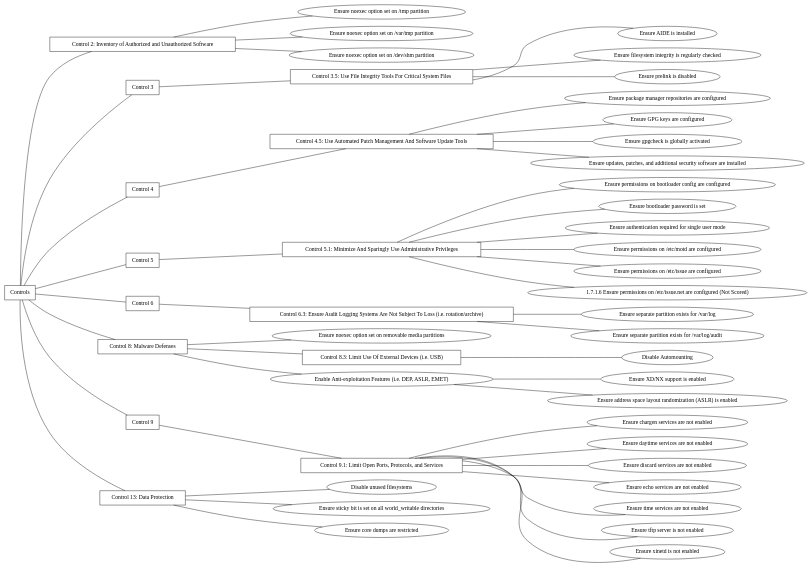
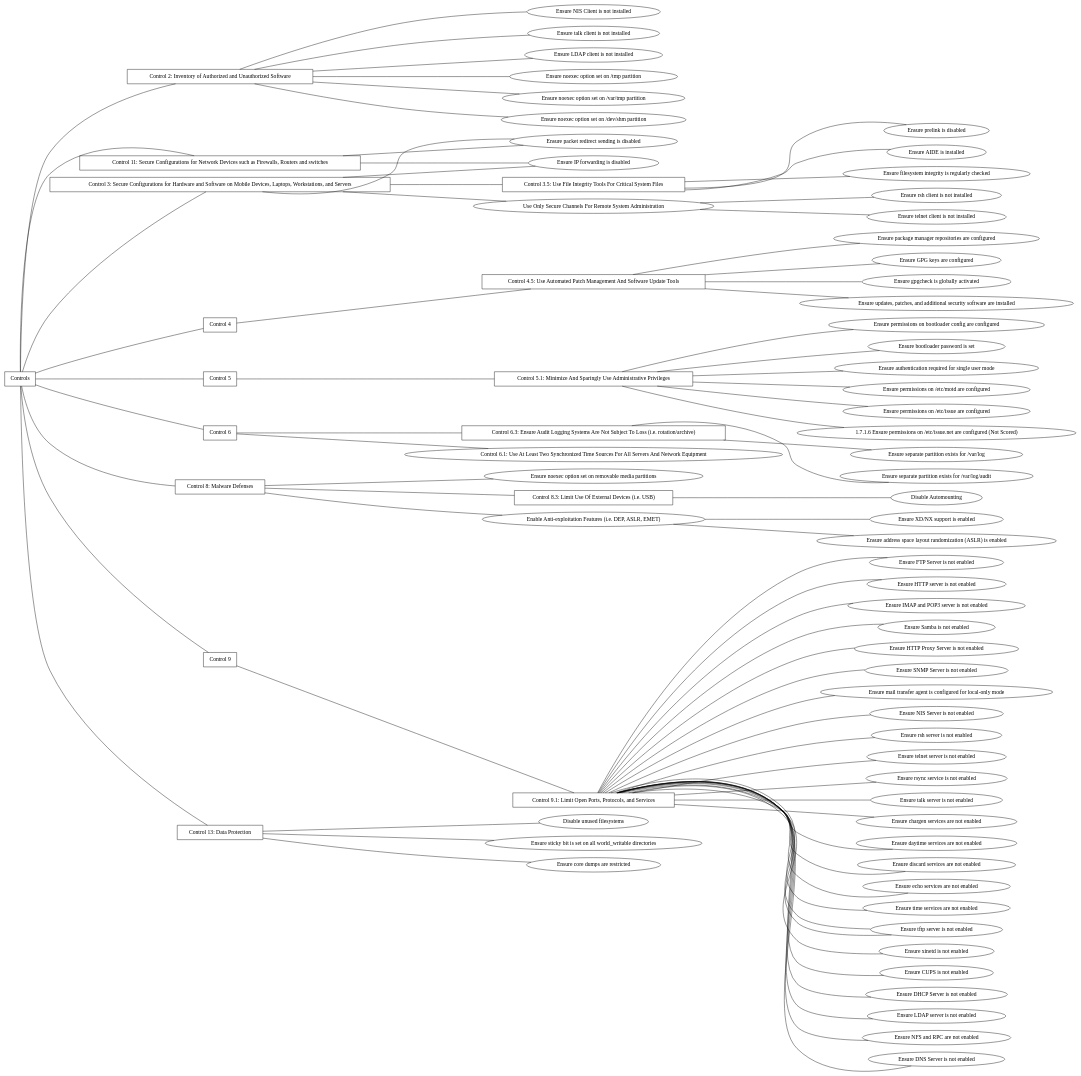
One commit to cyber-range/cis-controls changed the diagram in control-examples.dot. Above: the diagram before and after it, drawn with Graphviz. The commit also changed 1 other file, not shown here.

Commit message:
Add more controls

```diff
--- a/control-examples.dot
+++ b/control-examples.dot
@@ -1,116 +1,179 @@
 graph controls {
     rankdir=LR;
 
     controls [label="Controls", shape=box]
 
     control_2 [label="Control 2: Inventory of Authorized and Unauthorized Software", shape=box]
     controls -- control_2
 
     tmp_noexec [label="Ensure noexec option set on /tmp partition"]
     control_2 -- tmp_noexec
     var_tmp_noexec [label="Ensure noexec option set on /var/tmp partition"]
     control_2 -- var_tmp_noexec
     dev_shm_noexec [label="Ensure noexec option set on /dev/shm partition"]
     control_2 -- dev_shm_noexec
+    ybind_remove [label="Ensure NIS Client is not installed"]
+    control_2 -- ybind_remove
+    talk_remove [label="Ensure talk client is not installed"]
+    control_2 -- talk_remove
+    ldap_remove [label="Ensure LDAP client is not installed"]
+    control_2 -- ldap_remove
 
-    control_3 [label="Control 3", shape=box]
+    control_3 [label="Control 3: Secure Configurations for Hardware and Software on Mobile Devices, Laptops, Workstations, and Servers", shape=box]
     controls -- control_3
+
+    disable_ip_forwarding [label="Ensure IP forwarding is disabled"]
+    control_3 -- disable_ip_forwarding
+
+    disabel_packet_redirect [label="Ensure packet redirect sending is disabled"]
+    control_3 -- disabel_packet_redirect
+
+    control_3_4 [label="Use Only Secure Channels For Remote System Administration"]
+    control_3 -- control_3_4
+    rsh_remove [label="Ensure rsh client is not installed"]
+    control_3_4 -- rsh_remove
+    telnet_remove [label="Ensure telnet client is not installed"]
+    control_3_4 -- telnet_remove
 
     control_3_5 [label="Control 3.5: Use File Integrity Tools For Critical System Files", shape=box]
     control_3 -- control_3_5
     install_AIDE [label="Ensure AIDE is installed"]
     control_3_5 -- install_AIDE
     integrity_check [label="Ensure filesystem integrity is regularly checked"]
     control_3_5 -- integrity_check
     prelink [label="Ensure prelink is disabled"]
     control_3_5 -- prelink
 
     control_4 [label="Control 4", shape=box]
     controls -- control_4
 
     control_4_5 [label="Control 4.5: Use Automated Patch Management And Software Update Tools", shape=box]
     control_4 -- control_4_5
     config_yum [label="Ensure package manager repositories are configured"]
     control_4_5 -- config_yum
     yum_gpg [label="Ensure GPG keys are configured"]
     control_4_5 -- yum_gpg
     yum_gpg_check [label="Ensure gpgcheck is globally activated"]
     control_4_5 -- yum_gpg_check
     yum_security_update [label="Ensure updates, patches, and additional security software are installed"]
     control_4_5 -- yum_security_update
 
     control_5 [label="Control 5", shape=box]
     controls -- control_5
 
     control_5_1 [label="Control 5.1: Minimize And Sparingly Use Administrative Privileges", shape=box]
     control_5 -- control_5_1
     bootloader_perms [label="Ensure permissions on bootloader config are configured"]
     control_5_1 -- bootloader_perms
     bootloader_passwd [label="Ensure bootloader password is set"]
     control_5_1 -- bootloader_passwd
     single_user_mode_auth [label="Ensure authentication required for single user mode"]
     control_5_1 -- single_user_mode_auth
     etc_motd_perms [label="Ensure permissions on /etc/motd are configured"]
     control_5_1 -- etc_motd_perms
     etc_issue_perms [label="Ensure permissions on /etc/issue are configured"]
     control_5_1 -- etc_issue_perms
     etc_issuenet_perms [label="1.7.1.6 Ensure permissions on /etc/issue.net are configured (Not Scored)"]
     control_5_1 -- etc_issuenet_perms
 
     control_6 [label="Control 6", shape=box]
     controls -- control_6
 
+    control_6_1 [label="Control 6.1: Use At Least Two Synchronized Time Sources For All Servers And Network Equipment"]
+    control_6 -- control_6_1
+
     control_6_3 [label="Control 6.3: Ensure Audit Logging Systems Are Not Subject To Loss (i.e. rotation/archive)", shape=box]
     control_6 -- control_6_3
     var_log_partition [label="Ensure separate partition exists for /var/log"]
     control_6_3 -- var_log_partition
     var_log_audit_partition [label="Ensure separate partition exists for /var/log/audit"]
     control_6_3 -- var_log_audit_partition
 
     control_8 [label="Control 8: Malware Defenses", shape=box]
     controls -- control_8
     removable_media_noexec [label="Ensure noexec option set on removable media partitions"]
     control_8 -- removable_media_noexec
 
     control_8_3  [label="Control 8.3: Limit Use Of External Devices (i.e. USB)", shape=box]
     control_8 -- control_8_3
     disable_automounting [label="Disable Automounting"]
     control_8_3 -- disable_automounting
 
     control_8_4 [label="Enable Anti-exploitation Features (i.e. DEP, ASLR, EMET)"]
     control_8 -- control_8_4
     no_execute [label="Ensure XD/NX support is enabled"]
     control_8_4 -- no_execute
     aslr [label="Ensure address space layout randomization (ASLR) is enabled"]
     control_8_4 -- aslr
 
     control_9 [label="Control 9", shape=box]
     controls -- control_9
 
     control_9_1 [label="Control 9.1: Limit Open Ports, Protocols, and Services", shape=box]
     control_9 -- control_9_1
     chargen_disabled [label="Ensure chargen services are not enabled"]
     control_9_1 -- chargen_disabled
     daytime_disabled [label="Ensure daytime services are not enabled"]
     control_9_1 -- daytime_disabled
     discard_disabled [label="Ensure discard services are not enabled"]
     control_9_1 -- discard_disabled
     echo_disabled [label="Ensure echo services are not enabled"]
     control_9_1 -- echo_disabled
     time_disabled [label="Ensure time services are not enabled"]
     control_9_1 -- time_disabled
     tftp_disabled [label="Ensure tftp server is not enabled"]
     control_9_1 -- tftp_disabled
     xinetd_disabled [label="Ensure xinetd is not enabled"]
     control_9_1 -- xinetd_disabled
+    cups_disabled [label="Ensure CUPS is not enabled"]
+    control_9_1 -- cups_disabled
+    dhcpd_disabled [label="Ensure DHCP Server is not enabled"]
+    control_9_1 -- dhcpd_disabled
+    slapd_disabled [label="Ensure LDAP server is not enabled"]
+    control_9_1 -- slapd_disabled
+    nfs_disabled [label="Ensure NFS and RPC are not enabled"]
+    control_9_1 -- nfs_disabled
+    named_disabled [label="Ensure DNS Server is not enabled"]
+    control_9_1 -- named_disabled
+    vsftpd_disabled [label="Ensure FTP Server is not enabled"]
+    control_9_1 -- vsftpd_disabled
+    httpd_disabled [label="Ensure HTTP server is not enabled"]
+    control_9_1 -- httpd_disabled
+    dovcot_disabled [label="Ensure IMAP and POP3 server is not enabled"]
+    control_9_1 -- dovcot_disabled
+    smb_disabled [label="Ensure Samba is not enabled"]
+    control_9_1 -- smb_disabled
+    squid_disabled [label="Ensure HTTP Proxy Server is not enabled"]
+    control_9_1 -- squid_disabled
+    snmpd_disabled [label="Ensure SNMP Server is not enabled"]
+    control_9_1 -- snmpd_disabled
+    mta_loopback_only [label="Ensure mail transfer agent is configured for local-only mode"]
+    control_9_1 -- mta_loopback_only
+    ypserv_disabled [label="Ensure NIS Server is not enabled"]
+    control_9_1 -- ypserv_disabled
+    rsh_disabled [label="Ensure rsh server is not enabled"]
+    control_9_1 -- rsh_disabled
+    telnet_disabled [label="Ensure telnet server is not enabled"]
+    control_9_1 -- telnet_disabled
+    tftp_disabled [label="Ensure tftp server is not enabled"]
+    control_9_1 -- tftp_disabled
+    rsync_disabled [label="Ensure rsync service is not enabled"]
+    control_9_1 -- rsync_disabled
+    ntalk_disabled [label="Ensure talk server is not enabled"]
+    control_9_1 -- ntalk_disabled
 
+    control_11 [label="Control 11: Secure Configurations for Network Devices such as Firewalls, Routers and switches", shape=box]
+    controls -- control_11
+
+    control_11 -- disable_ip_forwarding
+    control_11 -- disabel_packet_redirect
 
     control_13 [label="Control 13: Data Protection", shape=box]
     controls -- control_13
     disbale_fs [label="Disable unused filesystems"]
     control_13 -- disbale_fs
     sticky_bit [label="Ensure sticky bit is set on all world_writable directories"]
     control_13 -- sticky_bit
     core_dump [label="Ensure core dumps are restricted"]
     control_13 -- core_dump
 }
```
